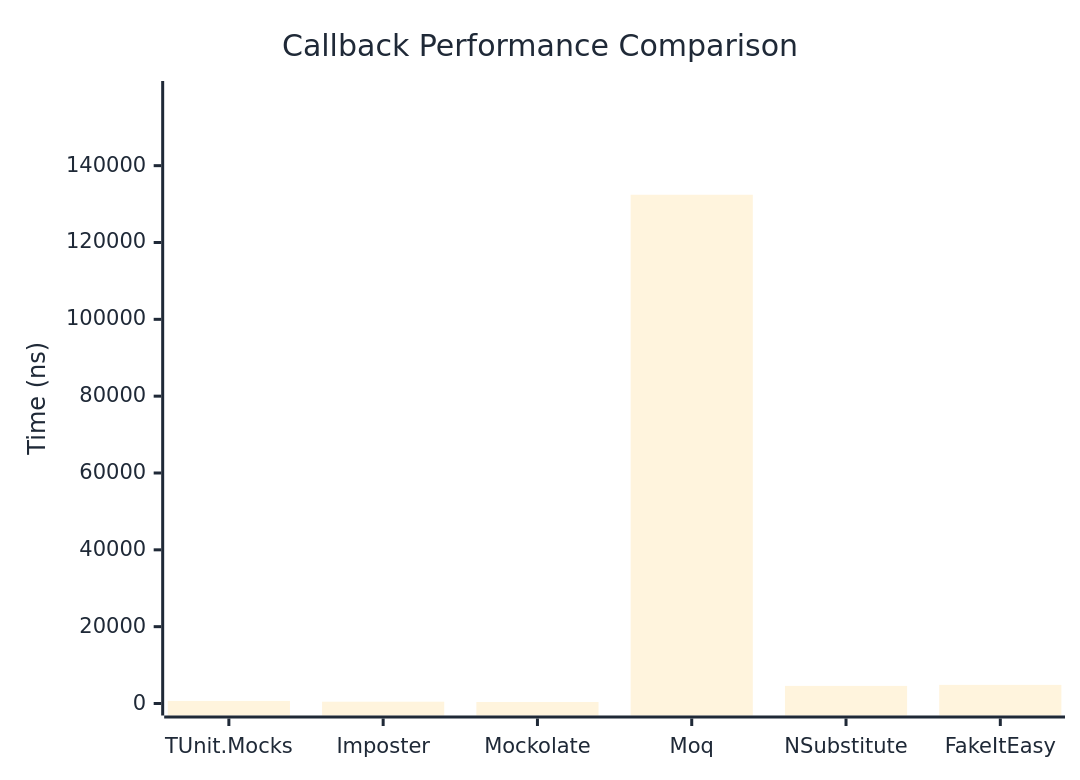
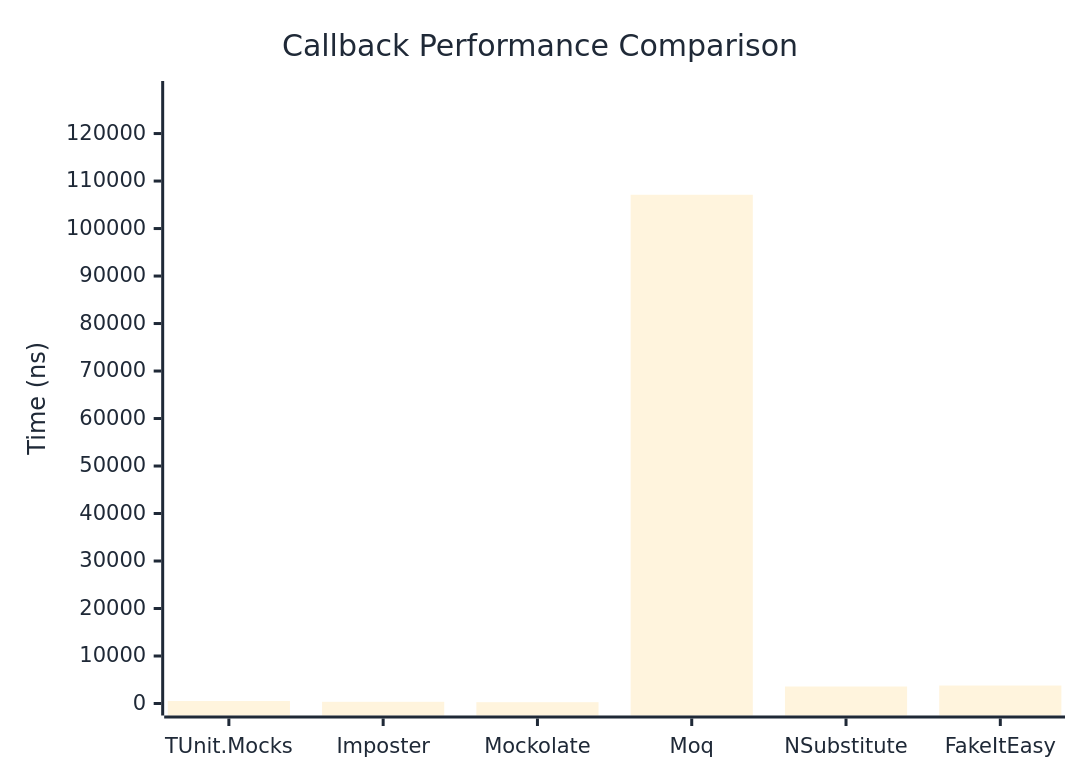
One commit to thomhurst/TUnit changed the first of 2 diagrams in docs/docs/benchmarks/mocks/Callback.md. Above: the diagram before and after it, drawn with Mermaid. The commit also changed other lines of this file and 14 other files, not shown here.

````diff
--- a/docs/docs/benchmarks/mocks/Callback.md
+++ b/docs/docs/benchmarks/mocks/Callback.md
@@ -30,27 +30,27 @@
 ```mermaid
 %%{init: {
   'theme':'base',
   'themeVariables': {
     'primaryColor': '#2563eb',
     'primaryTextColor': '#1f2937',
     'primaryBorderColor': '#1e40af',
     'lineColor': '#6b7280',
     'secondaryColor': '#7c3aed',
     'tertiaryColor': '#dc2626',
     'background': '#ffffff',
     'pie1': '#2563eb',
     'pie2': '#7c3aed',
     'pie3': '#dc2626',
     'pie4': '#f59e0b',
     'pie5': '#10b981',
     'pie6': '#06b6d4',
     'pie7': '#ec4899',
     'pie8': '#6366f1'
   }
 }}%%
 xychart-beta
   title "Callback Performance Comparison"
   x-axis ["TUnit.Mocks", "Imposter", "Mockolate", "Moq", "NSubstitute", "FakeItEasy"]
-  y-axis "Time (ns)" 0 --> 158913
-  bar [666, 466.9, 388.3, 132427.3, 4579.7, 4848.1]
+  y-axis "Time (ns)" 0 --> 128539
+  bar [525.9, 356.3, 277.9, 107115.3, 3576.5, 3780.5]
 ```
````
